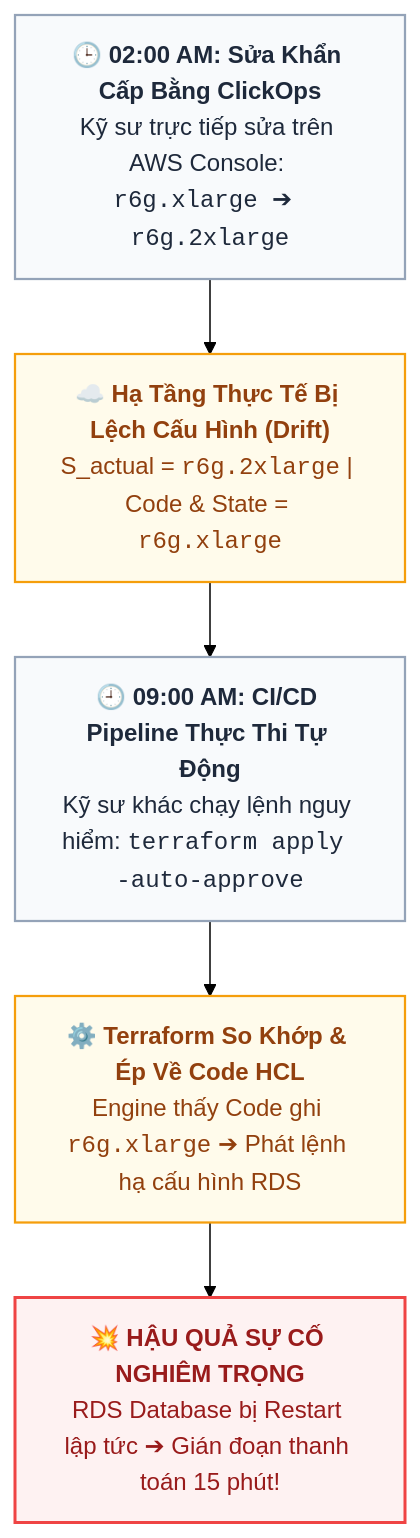
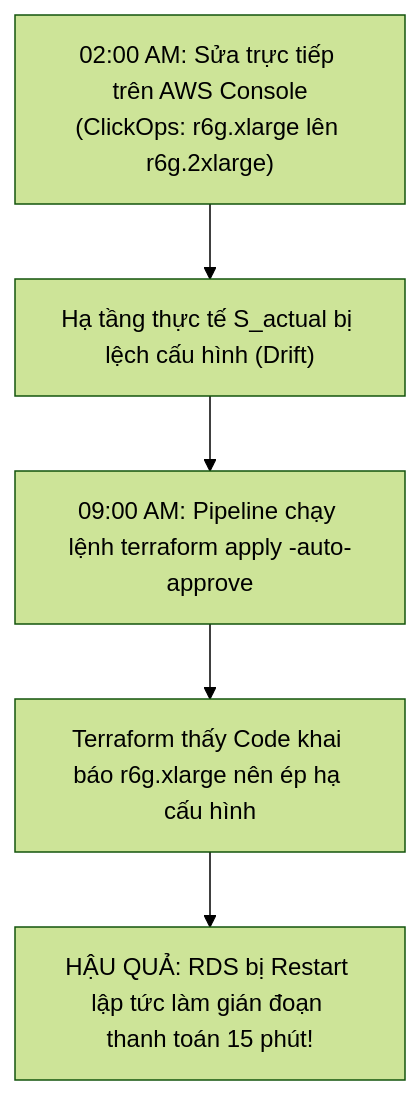
One commit to kiennt308/ntk changed the third of 3 diagrams in _posts/2026-09-13-terraform-01-01-tu-duy-declarative-iac-so-sanh-thuc-chien-terraform-ansible-pulumi.md. Above: the diagram before and after it, drawn with Mermaid (forest theme). The commit also changed other lines of this file and 1 other file, not shown here.

Commit message:
fix(post-01): fix table markdown rendering and mermaid syntax compatibility

````diff
--- a/_posts/2026-09-13-terraform-01-01-tu-duy-declarative-iac-so-sanh-thuc-chien-terraform-ansible-pulumi.md
+++ b/_posts/2026-09-13-terraform-01-01-tu-duy-declarative-iac-so-sanh-thuc-chien-terraform-ansible-pulumi.md
@@ -356,21 +331,13 @@
 ```mermaid
 flowchart TD
-    A["🕒 <b>02:00 AM: Sửa Khẩn Cấp Bằng ClickOps</b><br/>Kỹ sư trực tiếp sửa trên AWS Console: <code>r6g.xlarge ➔ r6g.2xlarge</code>"]
-    B["☁️ <b>Hạ Tầng Thực Tế Bị Lệch Cấu Hình (Drift)</b><br/>S_actual = <code>r6g.2xlarge</code> | Code & State = <code>r6g.xlarge</code>"]
-    C["🕘 <b>09:00 AM: CI/CD Pipeline Thực Thi Tự Động</b><br/>Kỹ sư khác chạy lệnh nguy hiểm: <code>terraform apply -auto-approve</code>"]
-    D["⚙️ <b>Terraform So Khớp & Ép Về Code HCL</b><br/>Engine thấy Code ghi <code>r6g.xlarge</code> ➔ Phát lệnh hạ cấu hình RDS"]
-    E["💥 <b>HẬU QUẢ SỰ CỐ NGHIÊM TRỌNG</b><br/>RDS Database bị Restart lập tức ➔ Gián đoạn thanh toán 15 phút!"]
+    A["02:00 AM: Sửa trực tiếp trên AWS Console<br/>(ClickOps: r6g.xlarge lên r6g.2xlarge)"]
+    B["Hạ tầng thực tế S_actual bị lệch cấu hình (Drift)"]
+    C["09:00 AM: Pipeline chạy lệnh terraform apply -auto-approve"]
+    D["Terraform thấy Code khai báo r6g.xlarge nên ép hạ cấu hình"]
+    E["HẬU QUẢ: RDS bị Restart lập tức làm gián đoạn thanh toán 15 phút!"]
 
     A --> B
     B --> C
     C --> D
     D --> E
-
-    classDef stepNode fill:#f8fafc,stroke:#94a3b8,stroke-width:1.5px,color:#1e293b
-    classDef driftNode fill:#fffbeb,stroke:#f59e0b,stroke-width:1.5px,color:#92400e
-    classDef disasterNode fill:#fef2f2,stroke:#ef4444,stroke-width:2px,color:#991b1b
-
-    class A,C stepNode
-    class B,D driftNode
-    class E disasterNode
 ```
````
